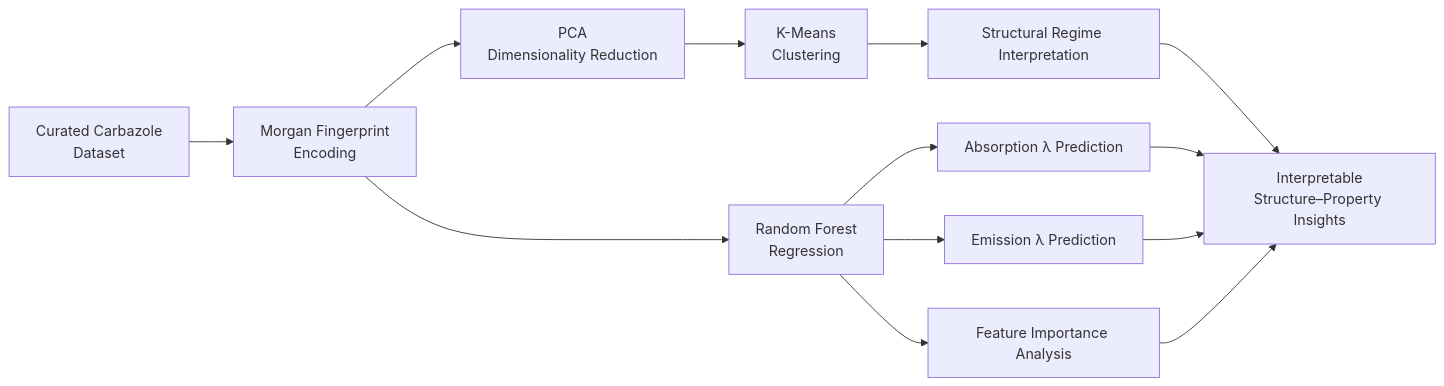
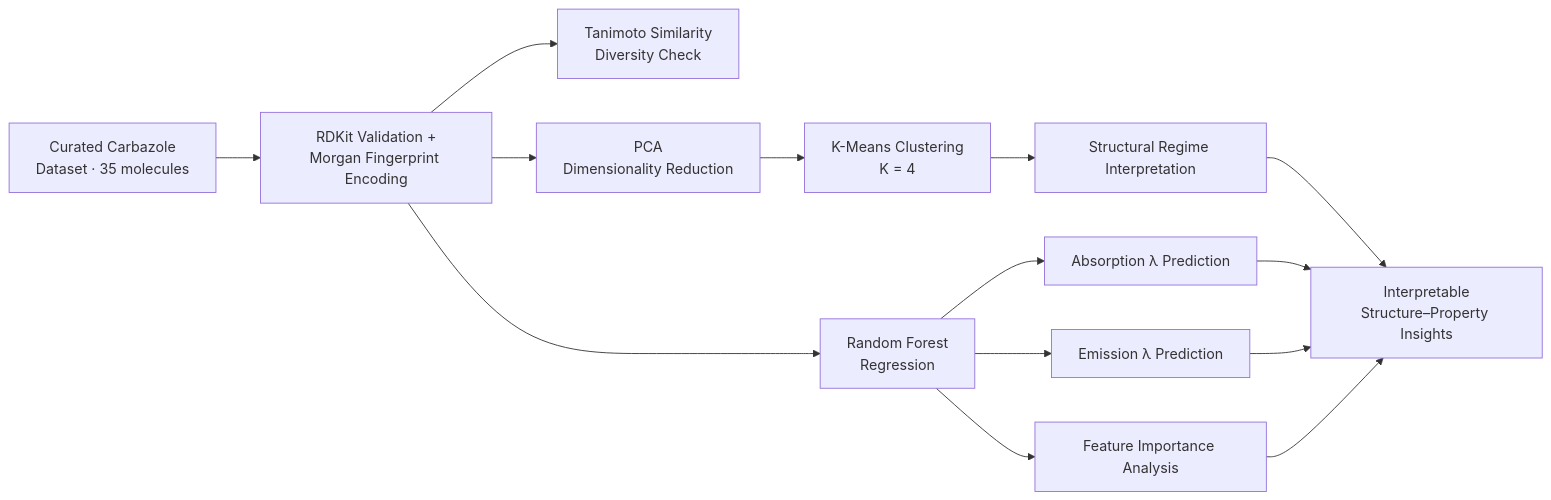
Before and after one commit to emindemlikoglu/Elucidating-Structure-Emission-Relationships-in-Carbazole-Fluorophores-Using-Machine-Learning: the diagram in README.md, drawn with Mermaid. The commit also changed other lines of this file, not shown here.

````diff
--- a/README.md
+++ b/README.md
@@ -31,12 +34,13 @@
 ```mermaid
 flowchart LR
-    A[Curated Carbazole<br/>Dataset] --> B[Morgan Fingerprint<br/>Encoding]
-    B --> C[PCA<br/>Dimensionality Reduction]
-    C --> D[K-Means<br/>Clustering]
-    B --> E[Random Forest<br/>Regression]
-    E --> F[Absorption λ Prediction]
-    E --> G[Emission λ Prediction]
-    D --> H[Structural Regime Interpretation]
-    E --> I[Feature Importance Analysis]
-    F & G & H & I --> J[Interpretable<br/>Structure–Property Insights]
+    A[Curated Carbazole<br/>Dataset · 35 molecules] --> B[RDKit Validation +<br/>Morgan Fingerprint Encoding]
+    B --> C[Tanimoto Similarity<br/>Diversity Check]
+    B --> D[PCA<br/>Dimensionality Reduction]
+    D --> E[K-Means Clustering<br/>K = 4]
+    B --> F[Random Forest<br/>Regression]
+    F --> G[Absorption λ Prediction]
+    F --> H[Emission λ Prediction]
+    E --> I[Structural Regime Interpretation]
+    F --> J[Feature Importance Analysis]
+    G & H & I & J --> K[Interpretable<br/>Structure–Property Insights]
 ```
````
